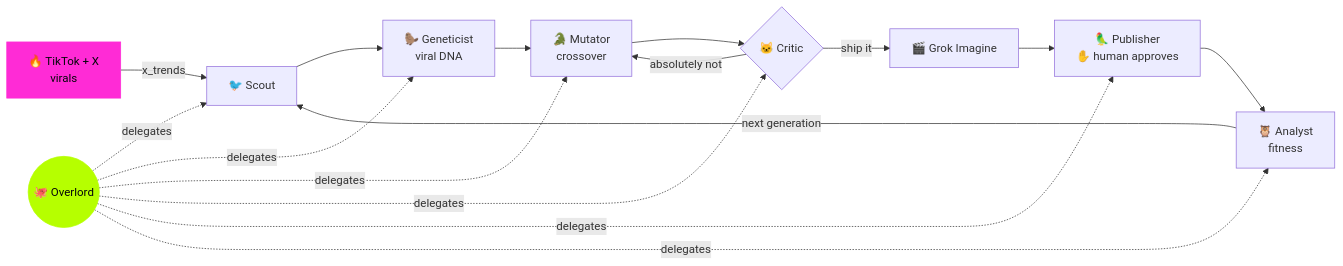
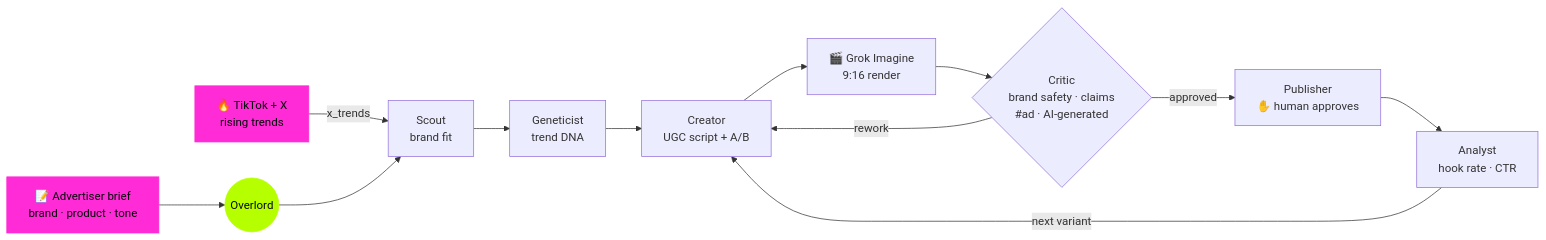
Before and after one commit to WiktorZoga/opalacze: the diagram in README.md, drawn with Mermaid. The commit also changed other lines of this file, not shown here.

Commit message:
README: reframe as ROT Studio, AI UGC ad agency run by the swarm

````diff
--- a/README.md
+++ b/README.md
@@ -28,18 +33,19 @@
 ```mermaid
 flowchart LR
-    T["🔥 TikTok + X<br/>virals"] -->|x_trends| S["🐦 Scout"]
-    S --> G["🦫 Geneticist<br/>viral DNA"]
-    G --> M["🐊 Mutator<br/>crossover"]
-    M --> C{"🐱 Critic"}
-    C -->|absolutely not| M
-    C -->|ship it| R["🎬 Grok Imagine"]
-    R --> P["🦜 Publisher<br/>✋ human approves"]
-    P --> A["🦉 Analyst<br/>fitness"]
-    A -->|next generation| S
-    O(("🐙 Overlord")) -. delegates .-> S & G & M & C & P & A
+    B["📝 Advertiser brief<br/>brand · product · tone"] --> O(("Overlord"))
+    T["🔥 TikTok + X<br/>rising trends"] -->|x_trends| S["Scout<br/>brand fit"]
+    O --> S
+    S --> G["Geneticist<br/>trend DNA"]
+    G --> M["Creator<br/>UGC script + A/B"]
+    M --> R["🎬 Grok Imagine<br/>9:16 render"]
+    R --> C{"Critic<br/>brand safety · claims<br/>#ad · AI-generated"}
+    C -->|rework| M
+    C -->|approved| P["Publisher<br/>✋ human approves"]
+    P --> A["Analyst<br/>hook rate · CTR"]
+    A -->|next variant| M
 
     classDef hot fill:#ff2bd6,stroke:#ff2bd6,color:#05060a
     classDef acid fill:#b6ff00,stroke:#b6ff00,color:#05060a
-    class T hot
+    class B,T hot
     class O acid
 ```
````
